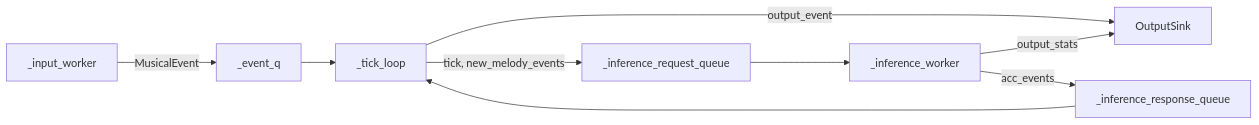
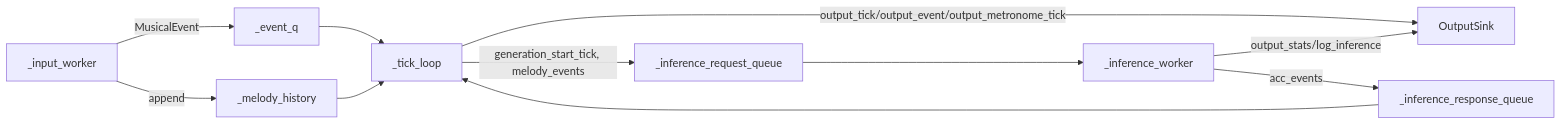
The second of 2 diagrams in docs/architecture/overview.md (StreamMUSE/StreamMUSE-v1), drawn with Mermaid before and after one commit. The commit also changed other lines of this file and 32 other files, not shown here.

````diff
--- a/docs/architecture/overview.md
+++ b/docs/architecture/overview.md
@@ -90,11 +95,13 @@
 ```mermaid
 graph LR
     IW[_input_worker] -->|MusicalEvent| EQ[_event_q]
+    IW -->|append| MH[_melody_history]
     EQ --> TL[_tick_loop]
-    TL -->|output_event| OS[OutputSink]
-    TL -->|tick, new_melody_events| IRQ[_inference_request_queue]
+    MH --> TL
+    TL -->|output_tick/output_event/output_metronome_tick| OS[OutputSink]
+    TL -->|generation_start_tick, melody_events| IRQ[_inference_request_queue]
     IRQ --> InfW[_inference_worker]
     InfW -->|acc_events| IRSQ[_inference_response_queue]
     IRSQ --> TL
-    InfW -->|output_stats| OS
+    InfW -->|output_stats/log_inference| OS
 ```
````
